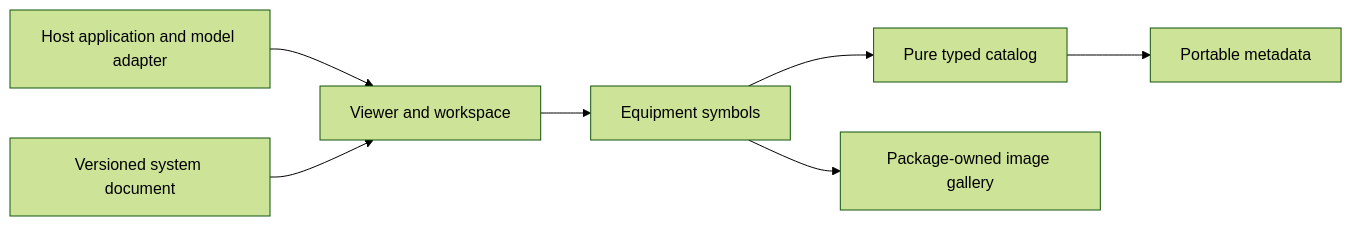
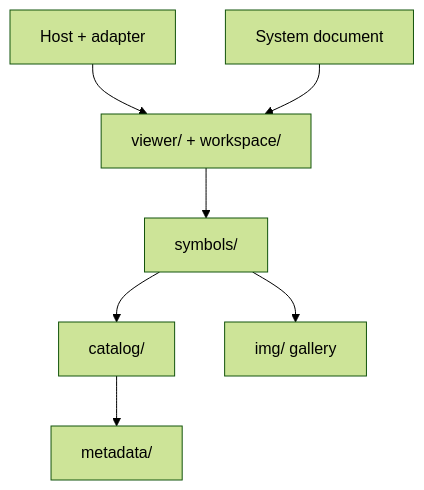
Before and after one commit to Valpatel/cad-agent: the diagram in software/cadagent/webkit/scada/ui/README.md, drawn with Mermaid (forest theme). The commit also changed other lines of this file and 27 other files, not shown here.

````diff
--- a/software/cadagent/webkit/scada/ui/README.md
+++ b/software/cadagent/webkit/scada/ui/README.md
@@ -28,9 +28,9 @@
 ```mermaid
-flowchart LR
-  host[Host application and model adapter] --> viewer[Viewer and workspace]
-  document[Versioned system document] --> viewer
-  viewer --> symbols[Equipment symbols]
-  symbols --> catalog[Pure typed catalog]
-  catalog --> metadata[Portable metadata]
-  symbols --> gallery[Package-owned image gallery]
+flowchart TD
+  Host["Host + adapter"] --> Viewer["viewer/ + workspace/"]
+  Document["System document"] --> Viewer
+  Viewer --> Symbols["symbols/"]
+  Symbols --> Catalog["catalog/"]
+  Catalog --> Metadata["metadata/"]
+  Symbols --> Gallery["img/ gallery"]
 ```
````
